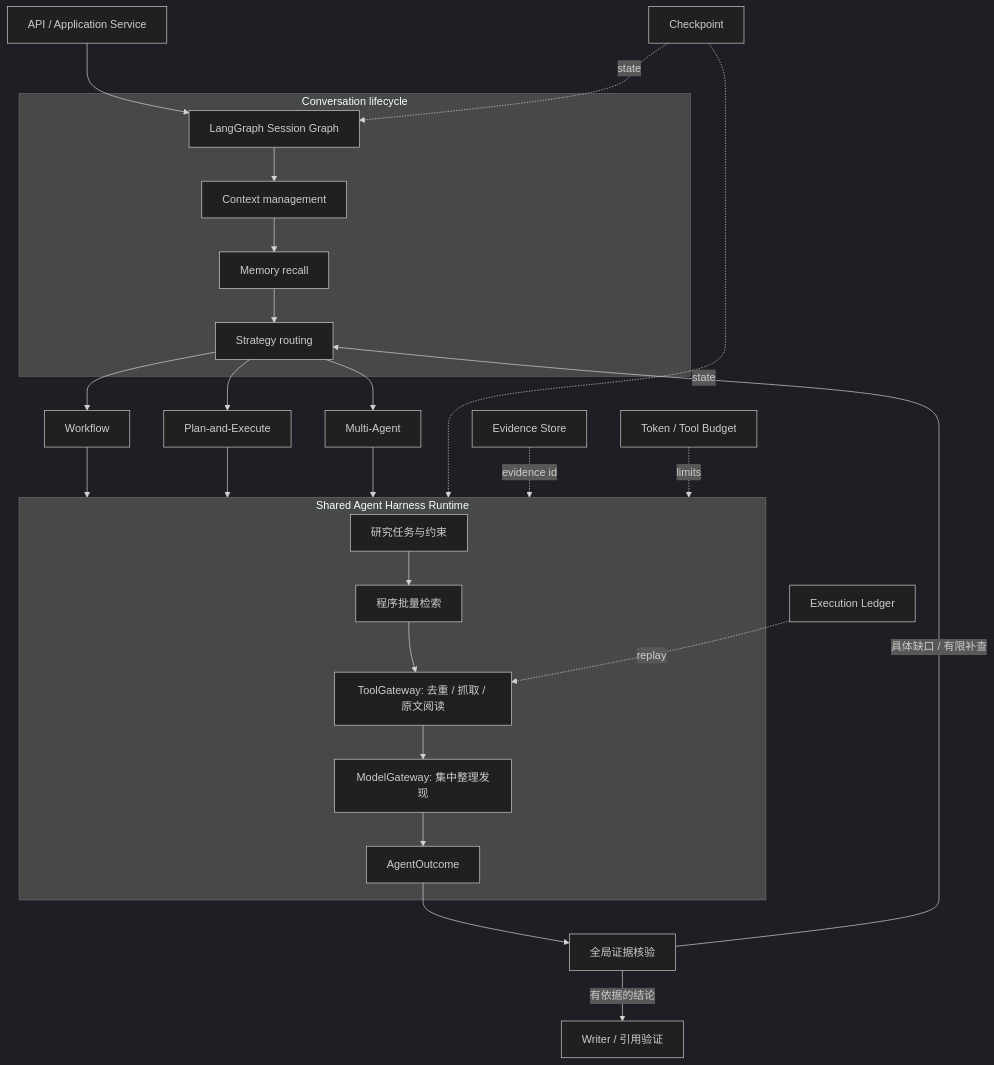
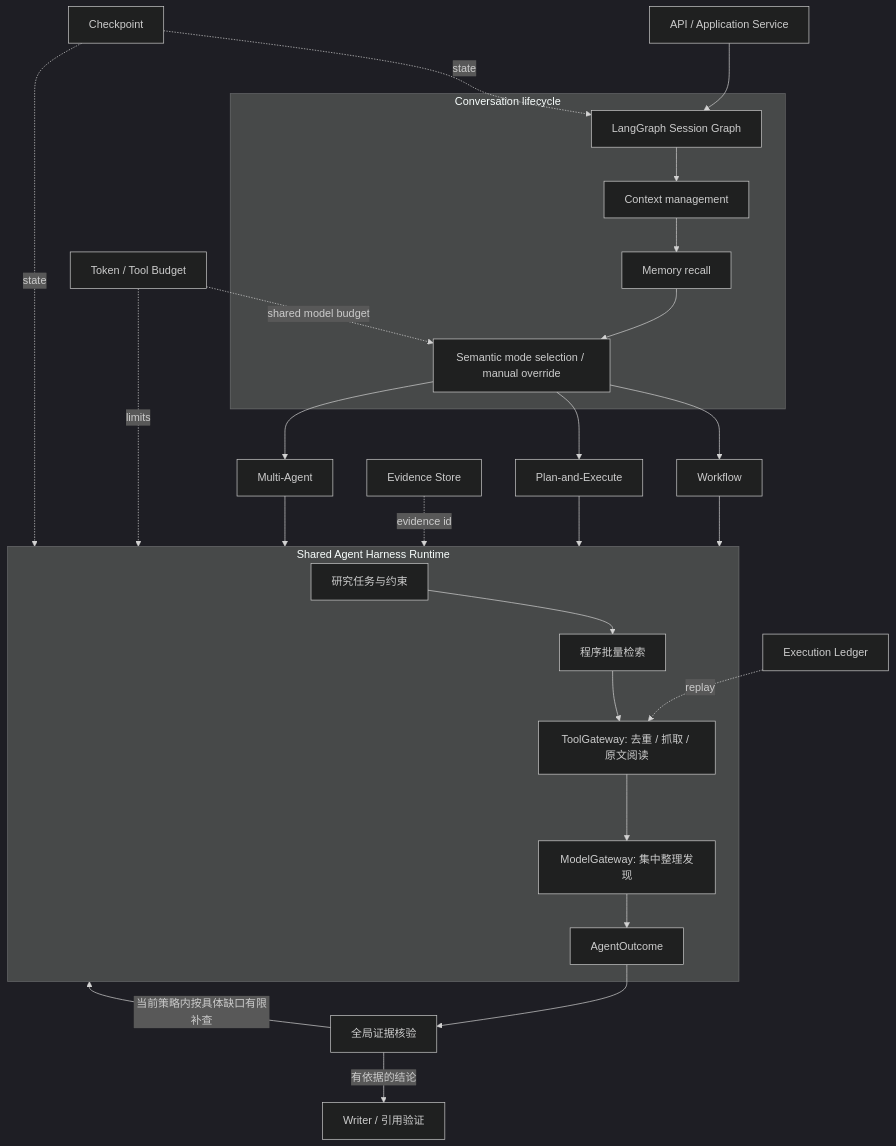
Before and after one commit to 1785454358/agent: the diagram in docs/architecture/agent-harness.md, drawn with Mermaid (dark theme). The commit also changed other lines of this file and 951 other files, not shown here.

````diff
--- a/docs/architecture/agent-harness.md
+++ b/docs/architecture/agent-harness.md
@@ -7,34 +61,35 @@
 ```mermaid
 flowchart TB
     API[API / Application Service] --> SG[LangGraph Session Graph]
 
     subgraph Session[Conversation lifecycle]
         SG --> CC[Context management]
         CC --> MR[Memory recall]
-        MR --> SR[Strategy routing]
+        MR --> SR[Semantic mode selection / manual override]
     end
 
     SR --> WF[Workflow]
     SR --> PE[Plan-and-Execute]
     SR --> MA[Multi-Agent]
 
     WF --> LOOP
     PE --> LOOP
     MA --> LOOP
 
     subgraph LOOP[Shared Agent Harness Runtime]
         PC[研究任务与约束] --> SEARCH[程序批量检索]
         SEARCH --> TG[ToolGateway: 去重 / 抓取 / 原文阅读]
         TG --> MG[ModelGateway: 集中整理发现]
         MG --> OUT[AgentOutcome]
     end
     OUT --> REVIEW[全局证据核验]
-    REVIEW -->|具体缺口 / 有限补查| SR
+    REVIEW -->|当前策略内按具体缺口有限补查| LOOP
     REVIEW -->|有依据的结论| WRITE[Writer / 引用验证]
 
     CP[Checkpoint] -. state .-> SG
     CP -. state .-> LOOP
     ES[Evidence Store] -. evidence id .-> LOOP
     LD[Execution Ledger] -. replay .-> TG
     TB[Token / Tool Budget] -. limits .-> LOOP
+    TB -. shared model budget .-> SR
 ```
````
